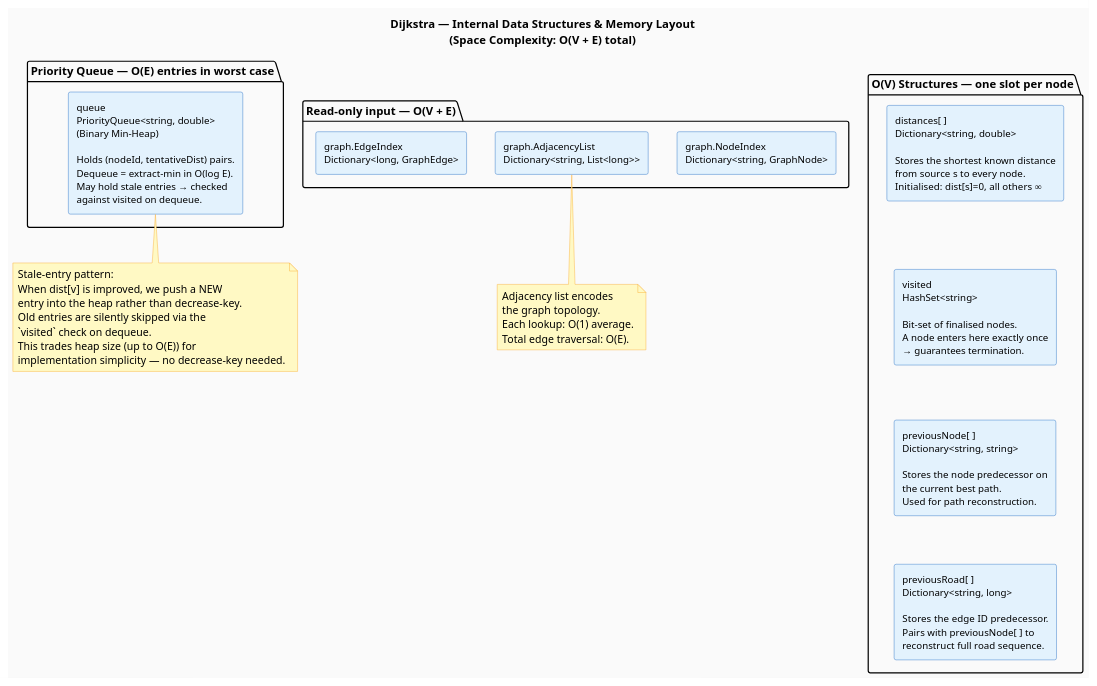
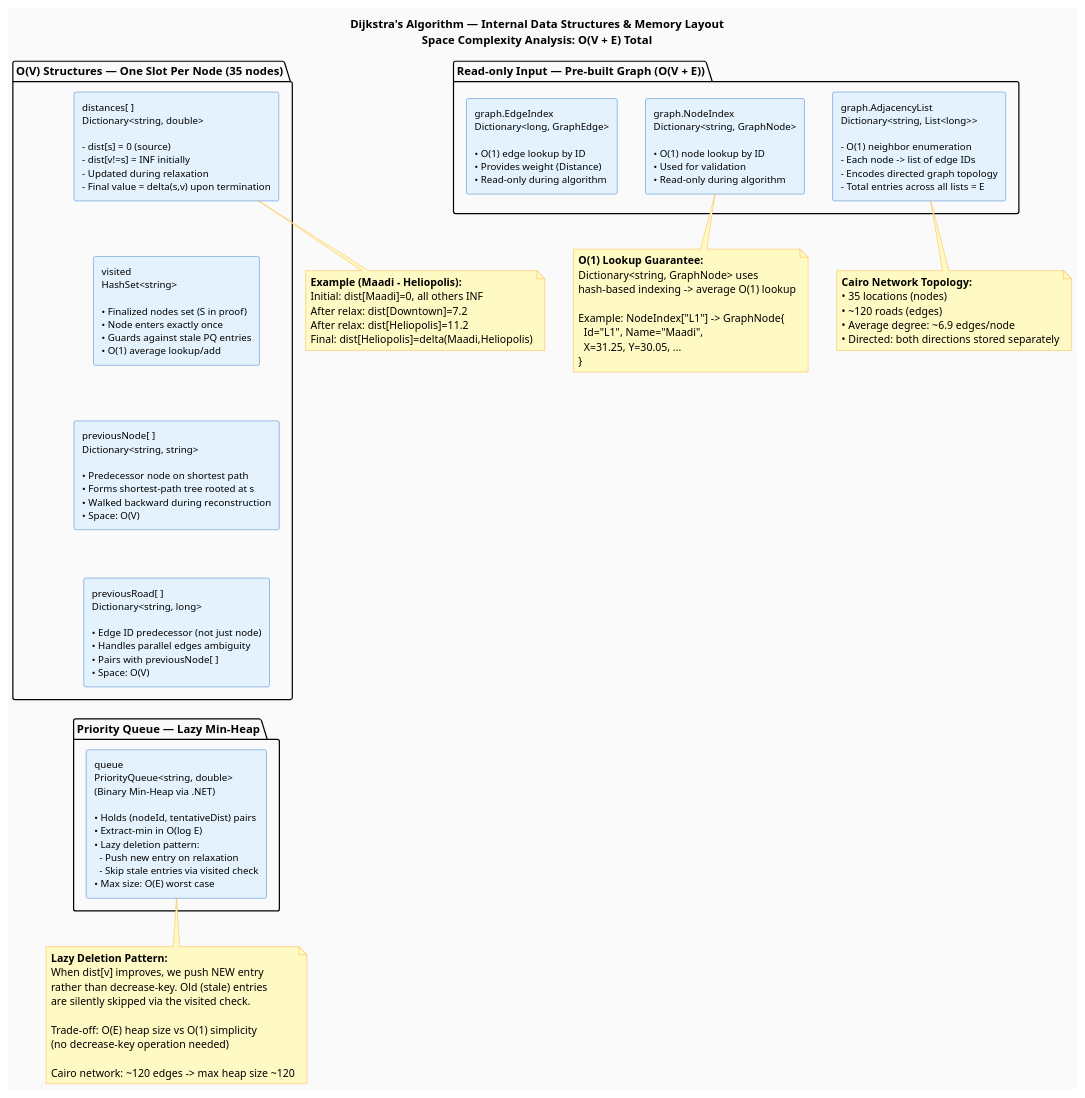
The diagram in Deliverables/Theoretical/DijkstraAnalysis/diagrams/data_structures.puml (AIU-SoftWave/Greater-Cairo-Transportation-Network), drawn with PlantUML before and after one commit. The commit also changed 48 other files, not shown here.

First line of the commit message:
docs: integrate PlantUML diagrams across all documentation and fix special character encoding

```diff
--- a/Deliverables/Theoretical/DijkstraAnalysis/diagrams/data_structures.puml
+++ b/Deliverables/Theoretical/DijkstraAnalysis/diagrams/data_structures.puml
@@ -1,53 +1,81 @@
 @startuml DataStructures
 skinparam backgroundColor #FAFAFA
 skinparam rectangle {
     BackgroundColor #E3F2FD
     BorderColor #1565C0
     FontSize 12
 }
 skinparam note {
     BackgroundColor #FFF9C4
     BorderColor #F9A825
 }
 
-title Dijkstra — Internal Data Structures & Memory Layout\n(Space Complexity: O(V + E) total)
+title Dijkstra's Algorithm — Internal Data Structures & Memory Layout\nSpace Complexity Analysis: O(V + E) Total
 
-package "O(V) Structures — one slot per node" {
-    rectangle "distances[ ]\nDictionary<string, double>\n\nStores the shortest known distance\nfrom source s to every node.\nInitialised: dist[s]=0, all others ∞" as DIST
-    rectangle "visited\nHashSet<string>\n\nBit-set of finalised nodes.\nA node enters here exactly once\n→ guarantees termination." as VIS
-    rectangle "previousNode[ ]\nDictionary<string, string>\n\nStores the node predecessor on\nthe current best path.\nUsed for path reconstruction." as PREV_N
-    rectangle "previousRoad[ ]\nDictionary<string, long>\n\nStores the edge ID predecessor.\nPairs with previousNode[ ] to\nreconstruct full road sequence." as PREV_R
+package "O(V) Structures — One Slot Per Node (35 nodes)" {
+    rectangle "distances[ ]\nDictionary<string, double>\n\n- dist[s] = 0 (source)\n- dist[v!=s] = INF initially\n- Updated during relaxation\n- Final value = delta(s,v) upon termination" as DIST
+    
+    rectangle "visited\nHashSet<string>\n\n• Finalized nodes set (S in proof)\n• Node enters exactly once\n• Guards against stale PQ entries\n• O(1) average lookup/add" as VIS
+    
+    rectangle "previousNode[ ]\nDictionary<string, string>\n\n• Predecessor node on shortest path\n• Forms shortest-path tree rooted at s\n• Walked backward during reconstruction\n• Space: O(V)" as PREV_N
+    
+    rectangle "previousRoad[ ]\nDictionary<string, long>\n\n• Edge ID predecessor (not just node)\n• Handles parallel edges ambiguity\n• Pairs with previousNode[ ]\n• Space: O(V)" as PREV_R
 }
 
-package "Priority Queue — O(E) entries in worst case" {
-    rectangle "queue\nPriorityQueue<string, double>\n(Binary Min-Heap)\n\nHolds (nodeId, tentativeDist) pairs.\nDequeue = extract-min in O(log E).\nMay hold stale entries → checked\nagainst visited on dequeue." as PQ
+package "Priority Queue — Lazy Min-Heap" {
+    rectangle "queue\nPriorityQueue<string, double>\n(Binary Min-Heap via .NET)\n\n• Holds (nodeId, tentativeDist) pairs\n• Extract-min in O(log E)\n• Lazy deletion pattern:\n  - Push new entry on relaxation\n  - Skip stale entries via visited check\n• Max size: O(E) worst case" as PQ
 }
 
-package "Read-only input — O(V + E)" {
-    rectangle "graph.NodeIndex\nDictionary<string, GraphNode>" as NI
-    rectangle "graph.AdjacencyList\nDictionary<string, List<long>>" as ADJ
-    rectangle "graph.EdgeIndex\nDictionary<long, GraphEdge>" as EI
+package "Read-only Input — Pre-built Graph (O(V + E))" {
+    rectangle "graph.NodeIndex\nDictionary<string, GraphNode>\n\n• O(1) node lookup by ID\n• Used for validation\n• Read-only during algorithm" as NI
+    
+    rectangle "graph.AdjacencyList\nDictionary<string, List<long>>\n\n- O(1) neighbor enumeration\n- Each node -> list of edge IDs\n- Encodes directed graph topology\n- Total entries across all lists = E" as ADJ
+    
+    rectangle "graph.EdgeIndex\nDictionary<long, GraphEdge>\n\n• O(1) edge lookup by ID\n• Provides weight (Distance)\n• Read-only during algorithm" as EI
 }
 
 DIST -[hidden]-> VIS
 VIS  -[hidden]-> PREV_N
 PREV_N -[hidden]-> PREV_R
+PREV_R -[hidden]-> PQ
+
+note bottom of DIST
+  **Example (Maadi - Heliopolis):**
+  Initial: dist[Maadi]=0, all others INF
+  After relax: dist[Downtown]=7.2
+  After relax: dist[Heliopolis]=11.2
+  Final: dist[Heliopolis]=delta(Maadi,Heliopolis)
+end note
 
 note bottom of PQ
-  Stale-entry pattern:
-  When dist[v] is improved, we push a NEW
-  entry into the heap rather than decrease-key.
-  Old entries are silently skipped via the
-  `visited` check on dequeue.
-  This trades heap size (up to O(E)) for
-  implementation simplicity — no decrease-key needed.
+  **Lazy Deletion Pattern:**
+  When dist[v] improves, we push NEW entry
+  rather than decrease-key. Old (stale) entries
+  are silently skipped via the visited check.
+  
+  Trade-off: O(E) heap size vs O(1) simplicity
+  (no decrease-key operation needed)
+  
+  Cairo network: ~120 edges -> max heap size ~120
 end note
 
 note bottom of ADJ
-  Adjacency list encodes
-  the graph topology.
-  Each lookup: O(1) average.
-  Total edge traversal: O(E).
+  **Cairo Network Topology:**
+  • 35 locations (nodes)
+  • ~120 roads (edges)
+  • Average degree: ~6.9 edges/node
+  • Directed: both directions stored separately
+end note
+
+note bottom of NI
+  **O(1) Lookup Guarantee:**
+  Dictionary<string, GraphNode> uses
+  hash-based indexing -> average O(1) lookup
+  
+  Example: NodeIndex["L1"] -> GraphNode{
+    Id="L1", Name="Maadi", 
+    X=31.25, Y=30.05, ...
+  }
 end note
 
 @enduml
```
